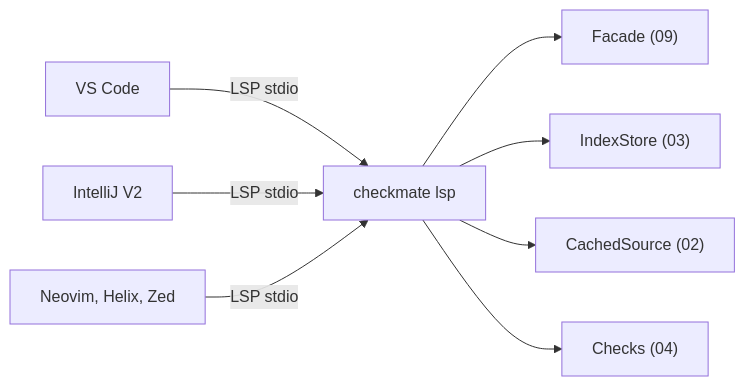
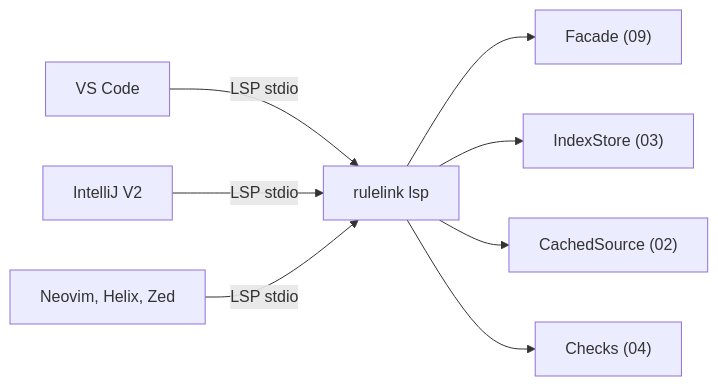
The fourth of 4 diagrams in docs/architecture/08-ide-integration.md (E-Jacques/Rulelink), drawn with Mermaid before and after one commit. The commit also changed other lines of this file and 126 other files, not shown here.

First line of the commit message:
chore: rename the project from Checkmate to Rulelink (#6)

````diff
--- a/docs/architecture/08-ide-integration.md
+++ b/docs/architecture/08-ide-integration.md
@@ -213,10 +213,10 @@
 ```mermaid
 flowchart LR
-    VSC["VS Code"] -->|"LSP stdio"| LSP["checkmate lsp"]
+    VSC["VS Code"] -->|"LSP stdio"| LSP["rulelink lsp"]
     IJ["IntelliJ V2"] -->|"LSP stdio"| LSP
     NV["Neovim, Helix, Zed"] -->|"LSP stdio"| LSP
     LSP --> FAC["Facade (09)"]
     LSP --> IS["IndexStore (03)"]
     LSP --> CS["CachedSource (02)"]
     LSP --> CHK["Checks (04)"]
 ```
````
